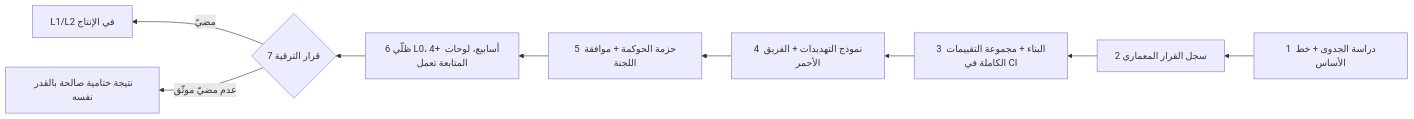
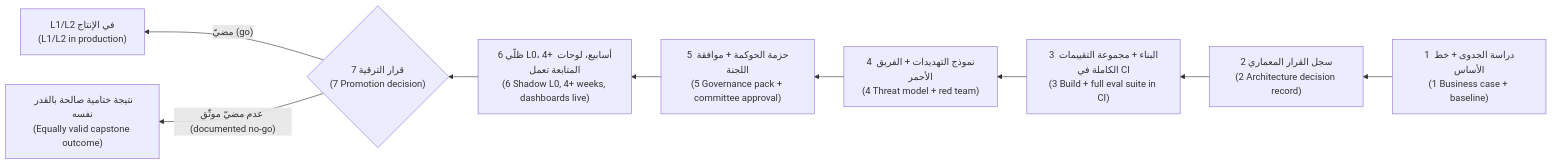
The tenth of 10 diagrams in qdb-agent-framework/docs/LEARNING-PATH.ar.md (Tamoura/AI-agents), drawn with Mermaid before and after one commit. The commit also changed other lines of this file and 3 other files, not shown here.

First line of the commit message:
Arabic docs: English on every diagram label; rebuild Arabic HTML

````diff
--- a/qdb-agent-framework/docs/LEARNING-PATH.ar.md
+++ b/qdb-agent-framework/docs/LEARNING-PATH.ar.md
@@ -812,11 +812,11 @@
 ```mermaid
 flowchart RL
-    S1["1 دراسة الجدوى + خط الأساس"] --> S2["2 سجل القرار المعماري"]
-    S2 --> S3["3 البناء + مجموعة التقييمات الكاملة في CI"]
-    S3 --> S4["4 نموذج التهديدات + الفريق الأحمر"]
-    S4 --> S5["5 حزمة الحوكمة + موافقة اللجنة"]
-    S5 --> S6["6 ظلّي L0، 4+ أسابيع، لوحات المتابعة تعمل"]
-    S6 --> S7{"7 قرار الترقية"}
-    S7 -->|"مضيّ"| GO["L1/L2 في الإنتاج"]
-    S7 -->|"عدم مضيّ موثّق"| NG["نتيجة ختامية صالحة بالقدر نفسه"]
+    S1["1 دراسة الجدوى + خط الأساس<br/>(1 Business case + baseline)"] --> S2["2 سجل القرار المعماري<br/>(2 Architecture decision record)"]
+    S2 --> S3["3 البناء + مجموعة التقييمات الكاملة في CI<br/>(3 Build + full eval suite in CI)"]
+    S3 --> S4["4 نموذج التهديدات + الفريق الأحمر<br/>(4 Threat model + red team)"]
+    S4 --> S5["5 حزمة الحوكمة + موافقة اللجنة<br/>(5 Governance pack + committee approval)"]
+    S5 --> S6["6 ظلّي L0، 4+ أسابيع، لوحات المتابعة تعمل<br/>(6 Shadow L0, 4+ weeks, dashboards live)"]
+    S6 --> S7{"7 قرار الترقية<br/>(7 Promotion decision)"}
+    S7 -->|"مضيّ (go)"| GO["L1/L2 في الإنتاج<br/>(L1/L2 in production)"]
+    S7 -->|"عدم مضيّ موثّق (documented no-go)"| NG["نتيجة ختامية صالحة بالقدر نفسه<br/>(Equally valid capstone outcome)"]
 ```
````
